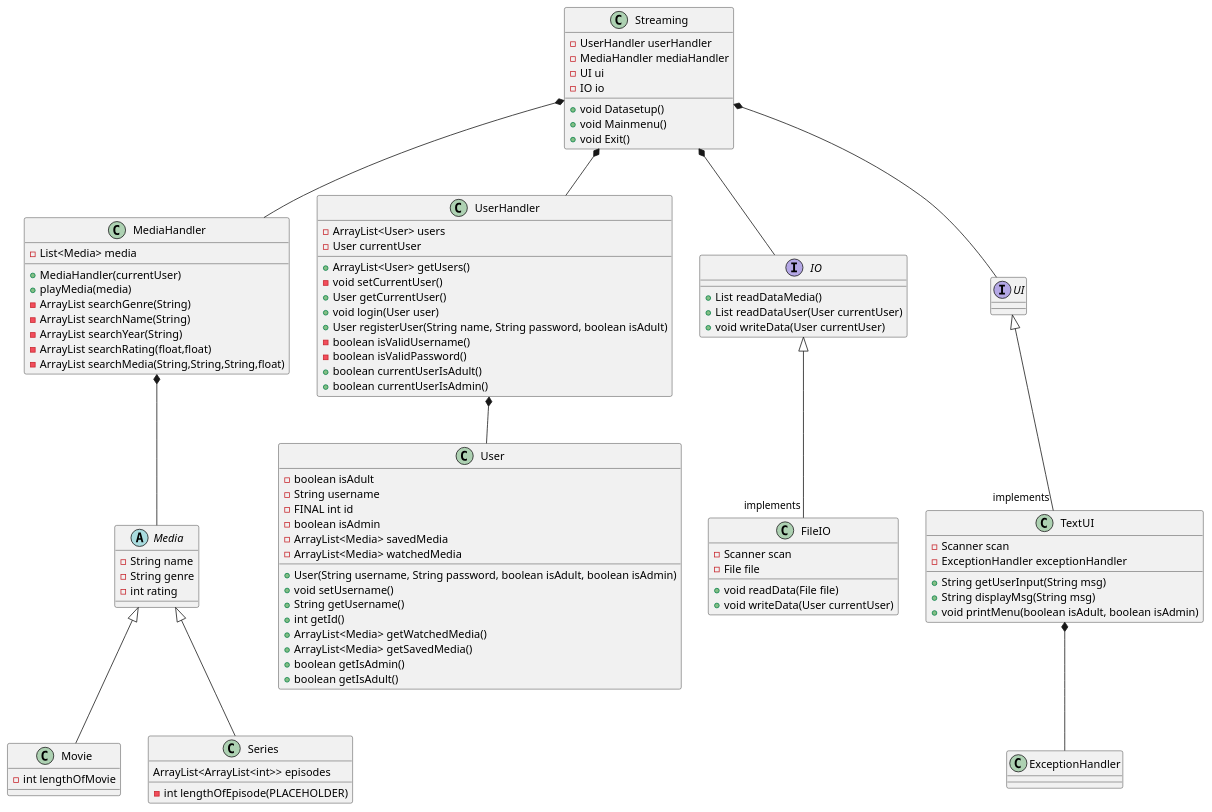
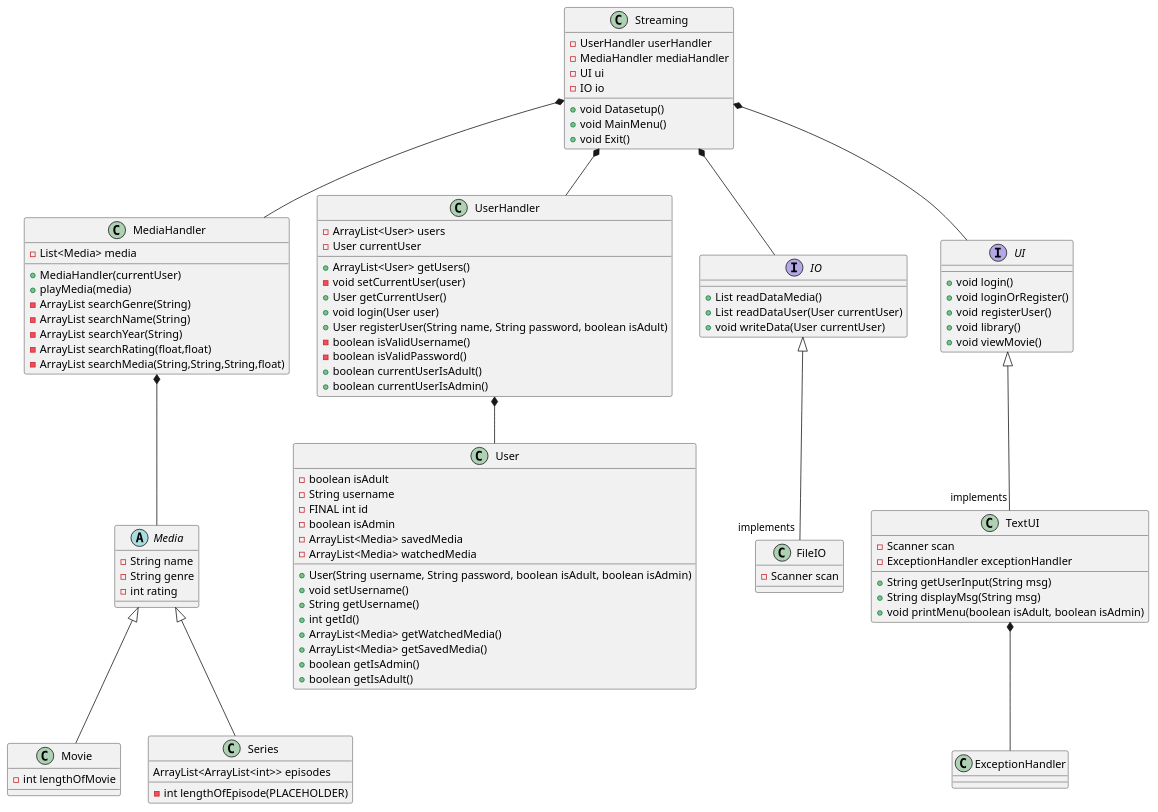
The diagram in SP3 - Streaming Tjeneste/Documentation/ClassDiagram.puml (Ghostz-Games/SP3---Streamingtjeneste---Gruppe-B---2023), drawn with PlantUML before and after one commit. The commit also changed 2 other files, not shown here.

Commit message:
classdiagram more done

```diff
--- a/SP3 - Streaming Tjeneste/Documentation/ClassDiagram.puml
+++ b/SP3 - Streaming Tjeneste/Documentation/ClassDiagram.puml
@@ -1,105 +1,109 @@
 @startuml
 'https://plantuml.com/class-diagram
 
 class Streaming
 class MediaHandler
 abstract class Media
 class Movie
 class Series
 class UserHandler
 class FileIO
 interface IO
 interface UI
 class TextUI
 class ExceptionHandler
 class User
 
 
 
 Streaming *-- UserHandler
 UserHandler *-- User
 Streaming *-- MediaHandler
 MediaHandler *-- Media
 Media <|--  Movie
 Media <|--  Series
 
 IO <|-- "implements" FileIO
 UI <|-- "implements" TextUI
 TextUI *-- ExceptionHandler
 Streaming *-- IO
 Streaming *-- UI
 
 UserHandler : + ArrayList<User> getUsers()
-UserHandler : - void setCurrentUser()
+UserHandler : - void setCurrentUser(user)
 UserHandler : + User getCurrentUser()
 UserHandler : - ArrayList<User> users
 UserHandler : - User currentUser
 UserHandler : + void login(User user)
 UserHandler : + User registerUser(String name, String password, boolean isAdult)
 UserHandler : - boolean isValidUsername()
 UserHandler : - boolean isValidPassword()
 UserHandler : + boolean currentUserIsAdult()
 UserHandler : + boolean currentUserIsAdmin()
 
 User : - boolean isAdult
 User : - String username
 User : - FINAL int id
 User : - boolean isAdmin
 User : - ArrayList<Media> savedMedia
 User : - ArrayList<Media> watchedMedia
 User : + User(String username, String password, boolean isAdult, boolean isAdmin)
 User : + void setUsername()
 User : + String getUsername()
 User : + int getId()
 User : + ArrayList<Media> getWatchedMedia()
 User : + ArrayList<Media> getSavedMedia()
 User : + boolean getIsAdmin()
 User : + boolean getIsAdult()
 
 MediaHandler : +MediaHandler(currentUser)
 MediaHandler : - List<Media> media
 MediaHandler : + playMedia(media)
 
 Streaming : -UserHandler userHandler
 Streaming : -MediaHandler mediaHandler
 Streaming : - UI ui
 Streaming : - IO io
 Streaming : + void Datasetup()
-Streaming : + void Mainmenu()
+Streaming : + void MainMenu()
 Streaming : + void Exit()
 
 TextUI : - Scanner scan
 TextUI : + String getUserInput(String msg)
 TextUI : + String displayMsg(String msg)
 TextUI : + void printMenu(boolean isAdult, boolean isAdmin)
 TextUI : - ExceptionHandler exceptionHandler
 
 
 IO : + List readDataMedia()
 IO : + List readDataUser(User currentUser)
 IO : + void writeData(User currentUser)
 
+UI : + void login()
+UI : + void loginOrRegister()
+UI : + void registerUser()
+UI : + void library()
+UI : + void viewMovie()
+
 FileIO : - Scanner scan
-FileIO : - File file
-FileIO : + void readData(File file)
-FileIO : + void writeData(User currentUser)
+
 
 MediaHandler : - ArrayList searchGenre(String)
 MediaHandler : - ArrayList searchName(String)
 MediaHandler : - ArrayList searchYear(String)
 MediaHandler : - ArrayList searchRating(float,float)
 MediaHandler : - ArrayList searchMedia(String,String,String,float)
 
 Media : - String name
 Media : - String genre
 Media : - int rating
 
 Series : ArrayList<ArrayList<int>> episodes
 
 Movie : - int lengthOfMovie
 
 Series : - int lengthOfEpisode(PLACEHOLDER)
 
 
 
 @enduml
```
